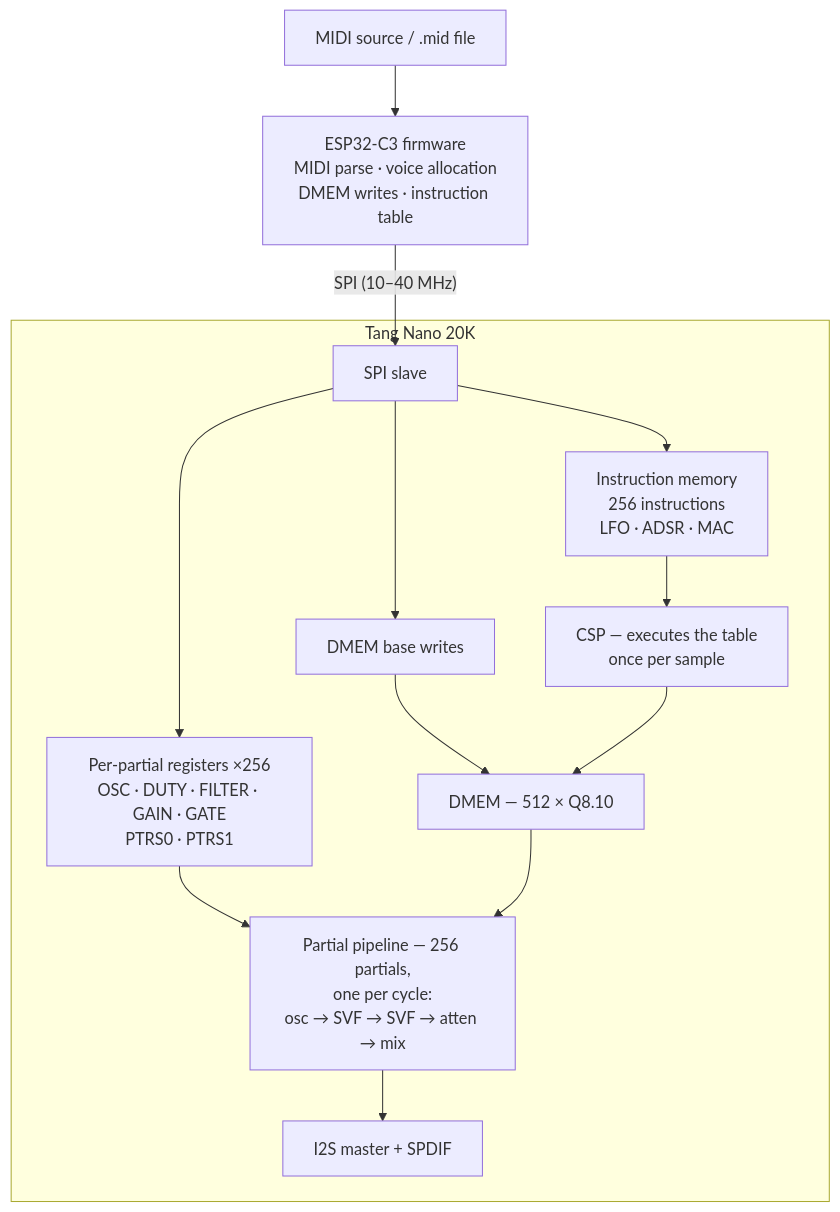
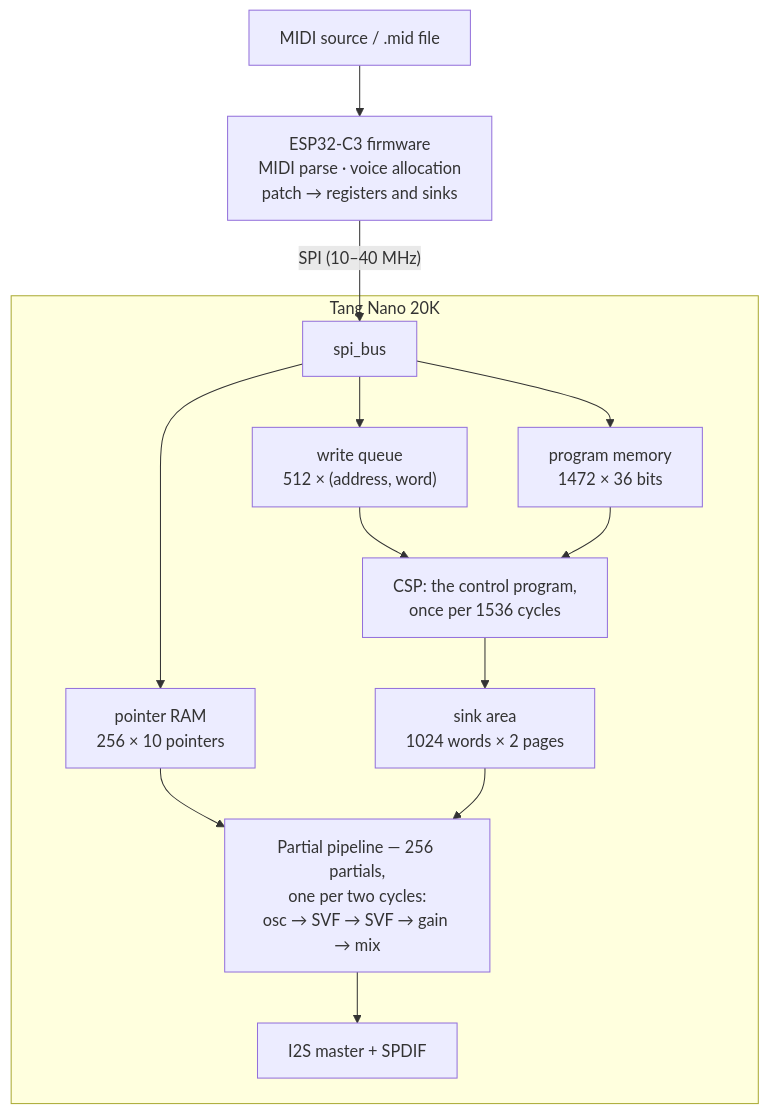
One commit to Thorwegian/noaidi-fpga-synth changed the diagram in docs/memory_map.md. Above: the diagram before and after it, drawn with Mermaid. The commit also changed other lines of this file and 14 other files, not shown here.

````diff
--- a/docs/memory_map.md
+++ b/docs/memory_map.md
@@ -39,16 +38,16 @@
 ```mermaid
 flowchart TD
-    MIDI["MIDI source / .mid file"] --> ESP["ESP32-C3 firmware<br/>MIDI parse · voice allocation<br/>DMEM writes · instruction table"]
-    ESP -- "SPI (10–40 MHz)" --> SLAVE["SPI slave"]
+    MIDI["MIDI source / .mid file"] --> ESP["ESP32-C3 firmware<br/>MIDI parse · voice allocation<br/>patch → registers and sinks"]
+    ESP -- "SPI (10–40 MHz)" --> BUS["spi_bus"]
     subgraph FG["Tang Nano 20K"]
-        SLAVE --> PV["Per-partial registers ×256<br/>OSC · DUTY · FILTER · GAIN · GATE<br/>PTRS0 · PTRS1"]
-        SLAVE --> IMEM["Instruction memory<br/>256 instructions<br/>LFO · ADSR · MAC"]
-        SLAVE --> BB["DMEM base writes"]
-        IMEM --> CSP["CSP — executes the table<br/>once per sample"]
-        BB --> DMEM["DMEM — 512 × Q8.10"]
-        CSP --> DMEM
-        PV --> PIPE["Partial pipeline — 256 partials,<br/>one per cycle:<br/>osc → SVF → SVF → atten → mix"]
-        DMEM --> PIPE
+        BUS --> Q["write queue<br/>512 × (address, word)"]
+        BUS --> PGM["program memory<br/>1472 × 36 bits"]
+        BUS --> PTR["pointer RAM<br/>256 × 10 pointers"]
+        Q --> CSP["CSP: the control program,<br/>once per 1536 cycles"]
+        PGM --> CSP
+        CSP --> SINKS["sink area<br/>1024 words × 2 pages"]
+        PTR --> PIPE["Partial pipeline — 256 partials,<br/>one per two cycles:<br/>osc → SVF → SVF → gain → mix"]
+        SINKS --> PIPE
         PIPE --> OUT["I2S master + SPDIF"]
     end
 ```
````
